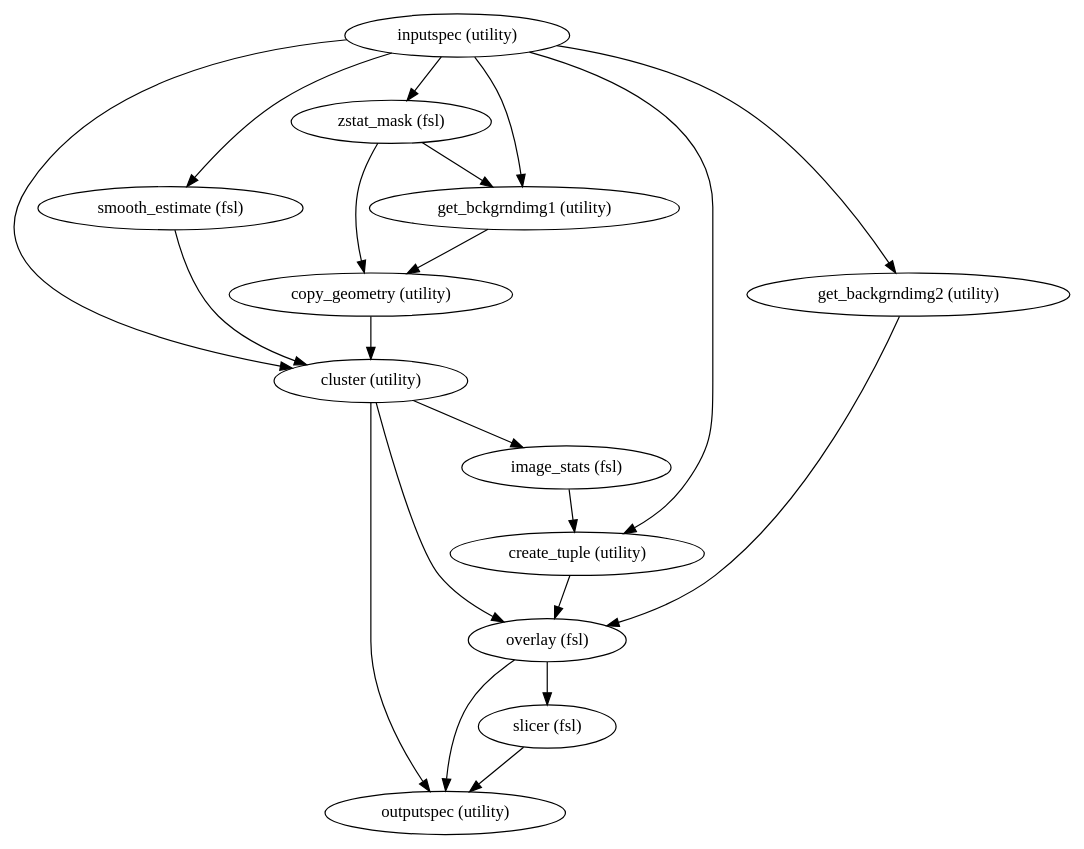
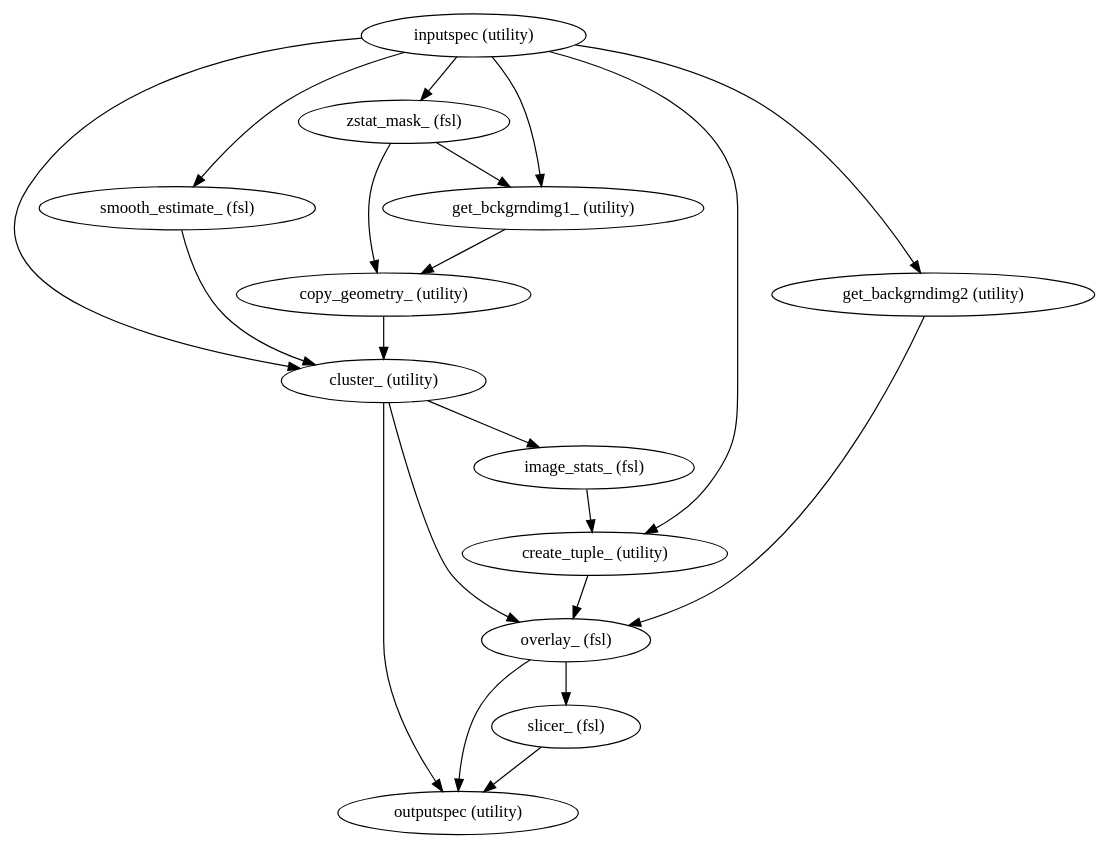
One commit to FCP-INDI/fcp-indi.github.io changed the diagram in docs/nightly/developer/workflows/images/generated/easy_thresh.dot. Above: the diagram before and after it, drawn with Graphviz. The commit also changed 60 other files, not shown here.

```diff
--- a/docs/nightly/developer/workflows/images/generated/easy_thresh.dot
+++ b/docs/nightly/developer/workflows/images/generated/easy_thresh.dot
@@ -1,34 +1,34 @@
 strict digraph  {
 "inputspec (utility)";
-"smooth_estimate (fsl)";
-"zstat_mask (fsl)";
-"get_bckgrndimg1 (utility)";
-"cluster (utility)";
-"create_tuple (utility)";
+"smooth_estimate_ (fsl)";
+"zstat_mask_ (fsl)";
+"get_bckgrndimg1_ (utility)";
+"cluster_ (utility)";
+"create_tuple_ (utility)";
 "get_backgrndimg2 (utility)";
-"copy_geometry (utility)";
-"image_stats (fsl)";
-"overlay (fsl)";
+"copy_geometry_ (utility)";
+"image_stats_ (fsl)";
+"overlay_ (fsl)";
 "outputspec (utility)";
-"slicer (fsl)";
-"inputspec (utility)" -> "smooth_estimate (fsl)";
-"inputspec (utility)" -> "zstat_mask (fsl)";
-"inputspec (utility)" -> "get_bckgrndimg1 (utility)";
-"inputspec (utility)" -> "cluster (utility)";
-"inputspec (utility)" -> "create_tuple (utility)";
+"slicer_ (fsl)";
+"inputspec (utility)" -> "smooth_estimate_ (fsl)";
+"inputspec (utility)" -> "zstat_mask_ (fsl)";
+"inputspec (utility)" -> "get_bckgrndimg1_ (utility)";
+"inputspec (utility)" -> "cluster_ (utility)";
+"inputspec (utility)" -> "create_tuple_ (utility)";
 "inputspec (utility)" -> "get_backgrndimg2 (utility)";
-"smooth_estimate (fsl)" -> "cluster (utility)";
-"zstat_mask (fsl)" -> "get_bckgrndimg1 (utility)";
-"zstat_mask (fsl)" -> "copy_geometry (utility)";
-"get_bckgrndimg1 (utility)" -> "copy_geometry (utility)";
-"cluster (utility)" -> "image_stats (fsl)";
-"cluster (utility)" -> "overlay (fsl)";
-"cluster (utility)" -> "outputspec (utility)";
-"create_tuple (utility)" -> "overlay (fsl)";
-"get_backgrndimg2 (utility)" -> "overlay (fsl)";
-"copy_geometry (utility)" -> "cluster (utility)";
-"image_stats (fsl)" -> "create_tuple (utility)";
-"overlay (fsl)" -> "slicer (fsl)";
-"overlay (fsl)" -> "outputspec (utility)";
-"slicer (fsl)" -> "outputspec (utility)";
+"smooth_estimate_ (fsl)" -> "cluster_ (utility)";
+"zstat_mask_ (fsl)" -> "get_bckgrndimg1_ (utility)";
+"zstat_mask_ (fsl)" -> "copy_geometry_ (utility)";
+"get_bckgrndimg1_ (utility)" -> "copy_geometry_ (utility)";
+"cluster_ (utility)" -> "image_stats_ (fsl)";
+"cluster_ (utility)" -> "overlay_ (fsl)";
+"cluster_ (utility)" -> "outputspec (utility)";
+"create_tuple_ (utility)" -> "overlay_ (fsl)";
+"get_backgrndimg2 (utility)" -> "overlay_ (fsl)";
+"copy_geometry_ (utility)" -> "cluster_ (utility)";
+"image_stats_ (fsl)" -> "create_tuple_ (utility)";
+"overlay_ (fsl)" -> "slicer_ (fsl)";
+"overlay_ (fsl)" -> "outputspec (utility)";
+"slicer_ (fsl)" -> "outputspec (utility)";
 }
```
